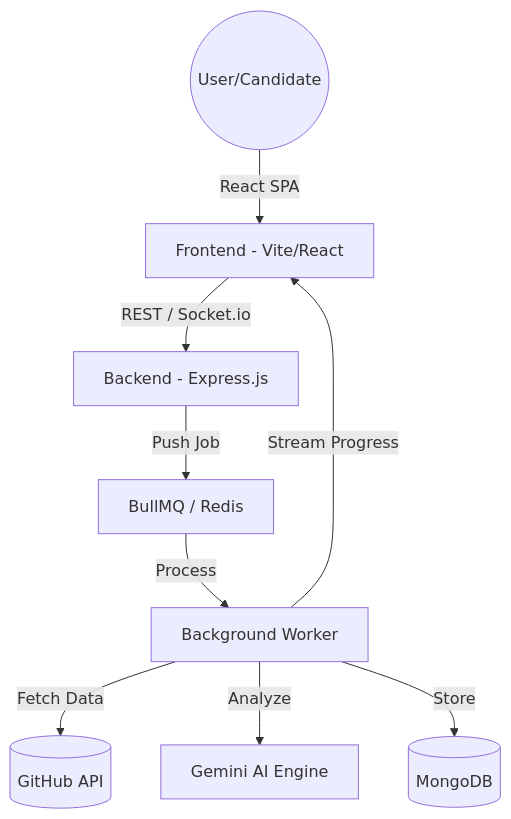
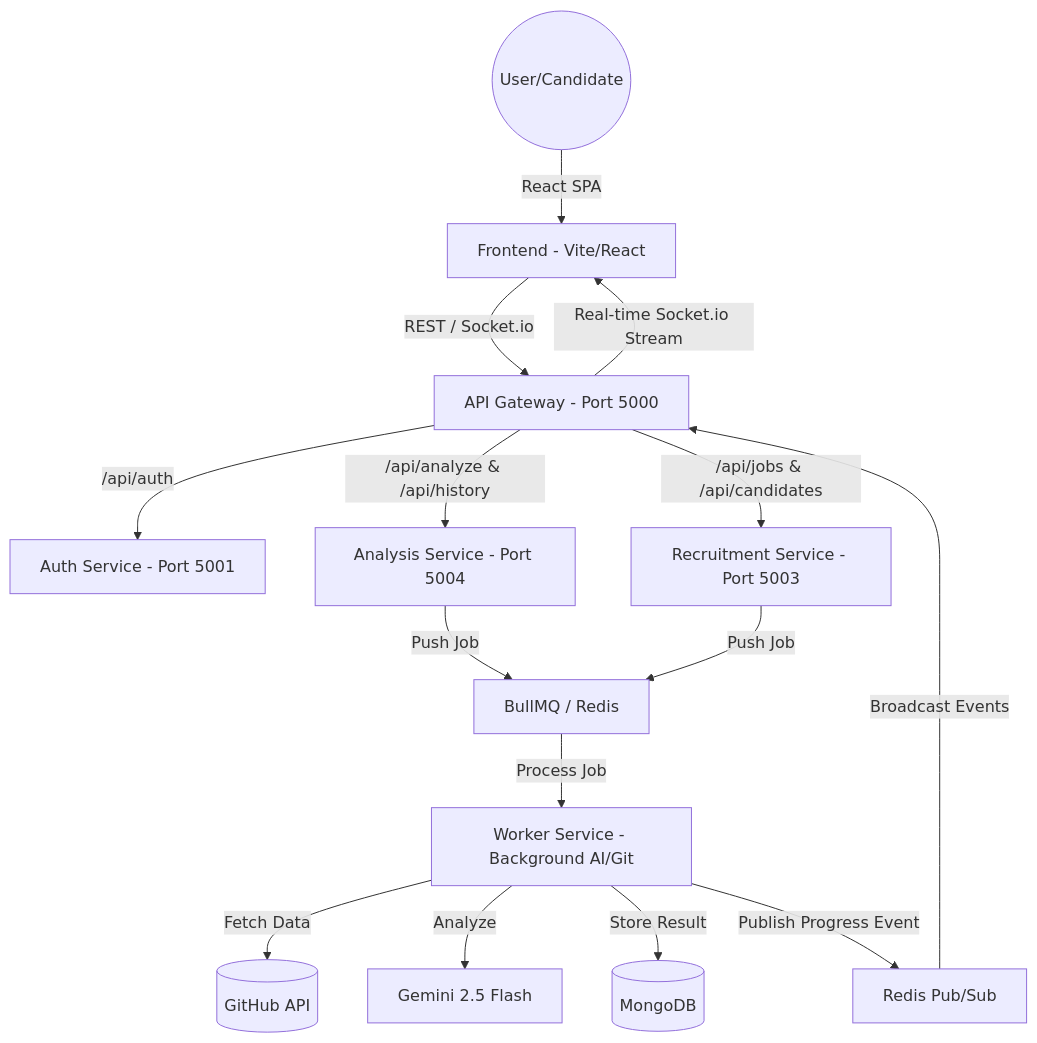
One commit to hardikkumar4472/AnalyzeGit changed the first of 3 diagrams in README.md. Above: the diagram before and after it, drawn with Mermaid. The commit also changed other lines of this file and 73 other files, not shown here.

````diff
--- a/README.md
+++ b/README.md
@@ -40,11 +40,21 @@
 ```mermaid
 graph TD
     User((User/Candidate)) -->|React SPA| Frontend[Frontend - Vite/React]
-    Frontend -->|REST / Socket.io| Backend[Backend - Express.js]
-    Backend -->|Push Job| Queue[BullMQ / Redis]
-    Queue -->|Process| Worker[Background Worker]
+    Frontend -->|REST / Socket.io| Gateway[API Gateway - Port 5000]
+    
+    Gateway -->|/api/auth| AuthService[Auth Service - Port 5001]
+    Gateway -->|/api/jobs & /api/candidates| RecruitService[Recruitment Service - Port 5003]
+    Gateway -->|/api/analyze & /api/history| AnalysisService[Analysis Service - Port 5004]
+    
+    AnalysisService -->|Push Job| Queue[BullMQ / Redis]
+    RecruitService -->|Push Job| Queue
+    
+    Queue -->|Process Job| Worker[Worker Service - Background AI/Git]
     Worker -->|Fetch Data| GitHub[(GitHub API)]
-    Worker -->|Analyze| Gemini[Gemini AI Engine]
-    Worker -->|Store| DB[(MongoDB)]
-    Worker -->|Stream Progress| Frontend
+    Worker -->|Analyze| Gemini[Gemini 2.5 Flash]
+    Worker -->|Store Result| DB[(MongoDB)]
+    Worker -->|Publish Progress Event| RedisPub[Redis Pub/Sub]
+    
+    RedisPub -->|Broadcast Events| Gateway
+    Gateway -->|Real-time Socket.io Stream| Frontend
 ```
````
